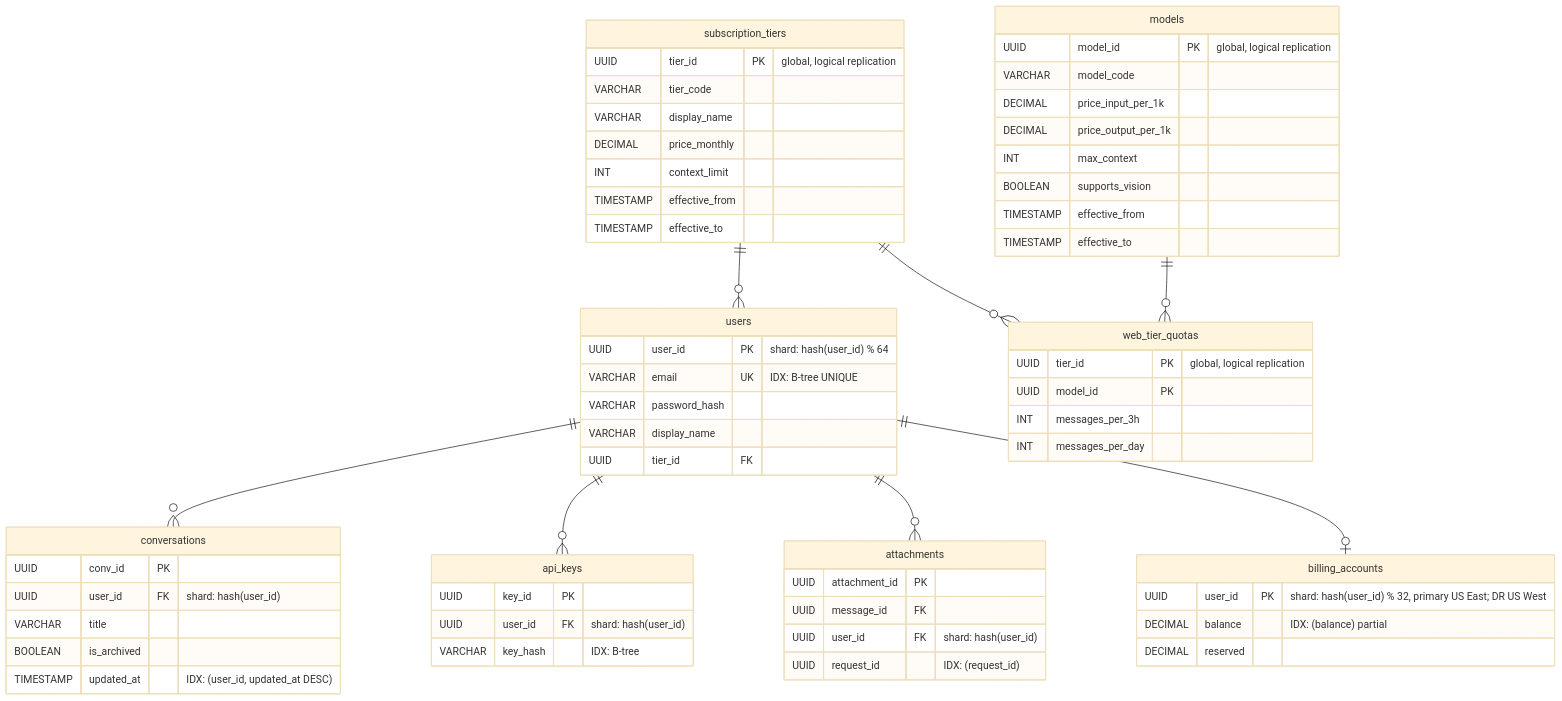
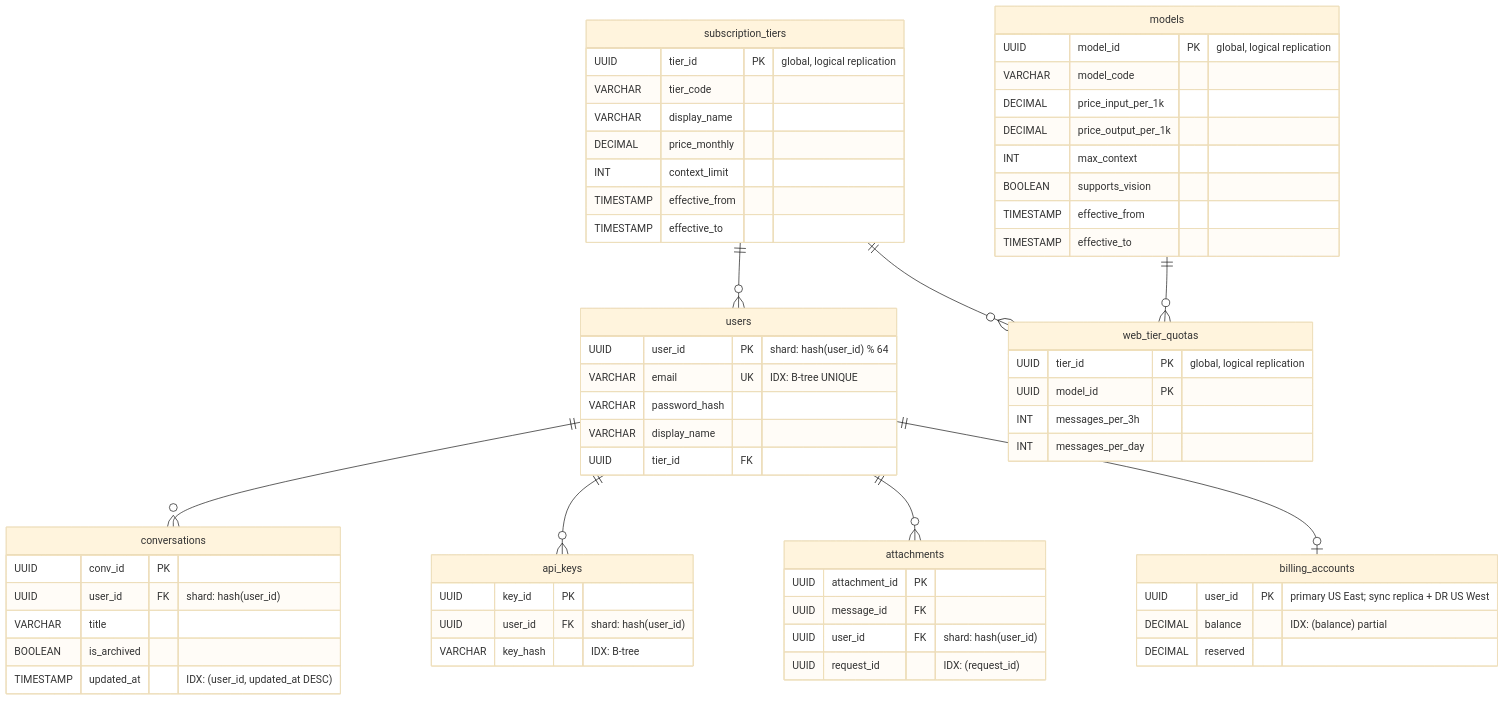
Before and after one commit to yaksase/highload_hse: the fourth of 9 diagrams in README.md, drawn with Mermaid (base theme). The commit also changed other lines of this file and 2 other files, not shown here.

````diff
--- a/README.md
+++ b/README.md
@@ -1179,65 +1179,65 @@
 ```mermaid
 erDiagram
     subscription_tiers {
         UUID tier_id PK "global, logical replication"
         VARCHAR tier_code
         VARCHAR display_name
         DECIMAL price_monthly
         INT context_limit
         TIMESTAMP effective_from
         TIMESTAMP effective_to
     }
     models {
         UUID model_id PK "global, logical replication"
         VARCHAR model_code
         DECIMAL price_input_per_1k
         DECIMAL price_output_per_1k
         INT max_context
         BOOLEAN supports_vision
         TIMESTAMP effective_from
         TIMESTAMP effective_to
     }
     web_tier_quotas {
         UUID tier_id PK "global, logical replication"
         UUID model_id PK
         INT messages_per_3h
         INT messages_per_day
     }
     users {
         UUID user_id PK "shard: hash(user_id) % 64"
         VARCHAR email UK "IDX: B-tree UNIQUE"
         VARCHAR password_hash
         VARCHAR display_name
         UUID tier_id FK
     }
     conversations {
         UUID conv_id PK
         UUID user_id FK "shard: hash(user_id)"
         VARCHAR title
         BOOLEAN is_archived
         TIMESTAMP updated_at "IDX: (user_id, updated_at DESC)"
     }
     api_keys {
         UUID key_id PK
         UUID user_id FK "shard: hash(user_id)"
         VARCHAR key_hash "IDX: B-tree"
     }
     attachments {
         UUID attachment_id PK
         UUID message_id FK
         UUID user_id FK "shard: hash(user_id)"
         UUID request_id "IDX: (request_id)"
     }
     billing_accounts {
-        UUID user_id PK "shard: hash(user_id) % 32, primary US East; DR US West"
+        UUID user_id PK "primary US East; sync replica + DR US West"
         DECIMAL balance "IDX: (balance) partial"
         DECIMAL reserved
     }
     subscription_tiers ||--o{ users : ""
     subscription_tiers ||--o{ web_tier_quotas : ""
     models ||--o{ web_tier_quotas : ""
     users ||--o{ conversations : ""
     users ||--o{ api_keys : ""
     users ||--o{ attachments : ""
     users ||--o| billing_accounts : ""
 ```
````
